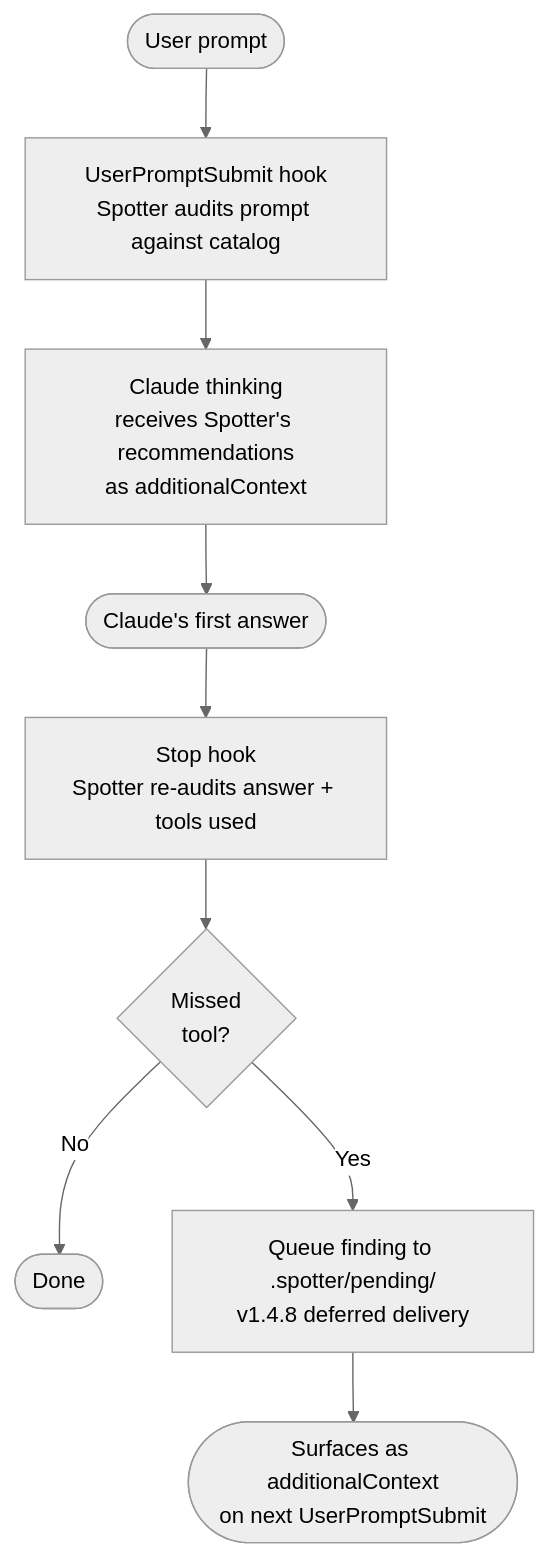
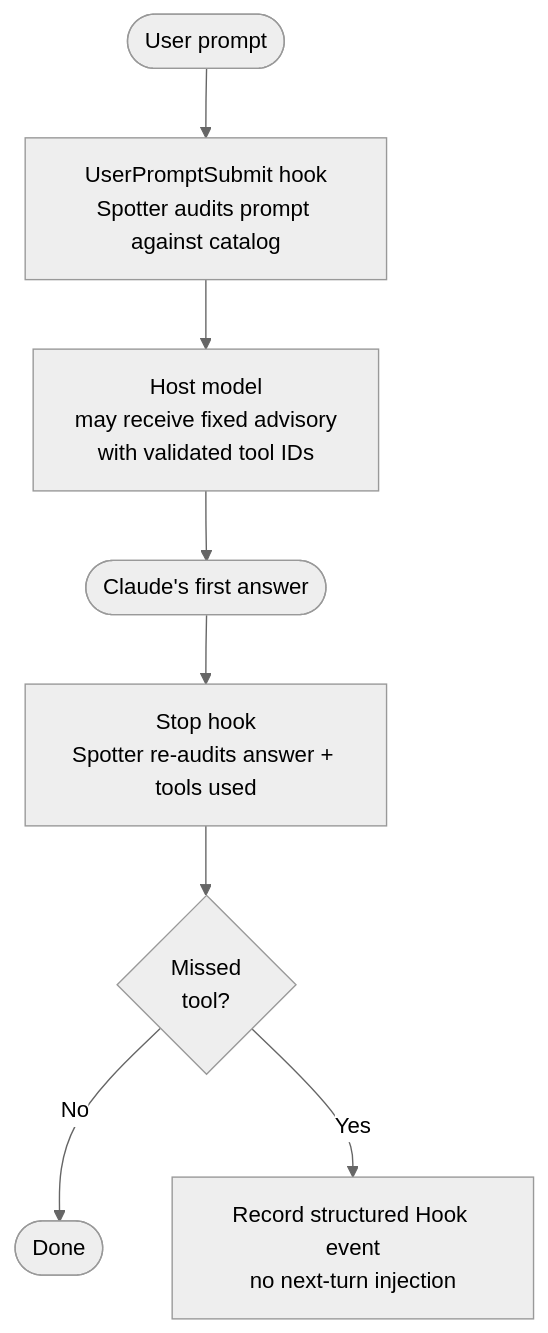
One commit to kitepon-rgb/Spotter changed the first of 2 diagrams in README.md. Above: the diagram before and after it, drawn with Mermaid (neutral theme). The commit also changed other lines of this file and 21 other files, not shown here.

````diff
--- a/README.md
+++ b/README.md
@@ -95,11 +95,10 @@
 ```mermaid
 flowchart TD
     U([User prompt]) --> UPH[UserPromptSubmit hook<br/>Spotter audits prompt against catalog]
-    UPH --> BT[Claude thinking<br/>receives Spotter's recommendations<br/>as additionalContext]
+    UPH --> BT[Host model<br/>may receive fixed advisory<br/>with validated tool IDs]
     BT --> BA([Claude's first answer])
     BA --> SH[Stop hook<br/>Spotter re-audits answer + tools used]
     SH --> DEC{Missed<br/>tool?}
     DEC -->|No| DONE([Done])
-    DEC -->|Yes| SB[Queue finding to .spotter/pending/<br/>v1.4.8 deferred delivery]
-    SB --> NEXT([Surfaces as additionalContext<br/>on next UserPromptSubmit])
+    DEC -->|Yes| EVT[Record structured Hook event<br/>no next-turn injection]
 ```
````
